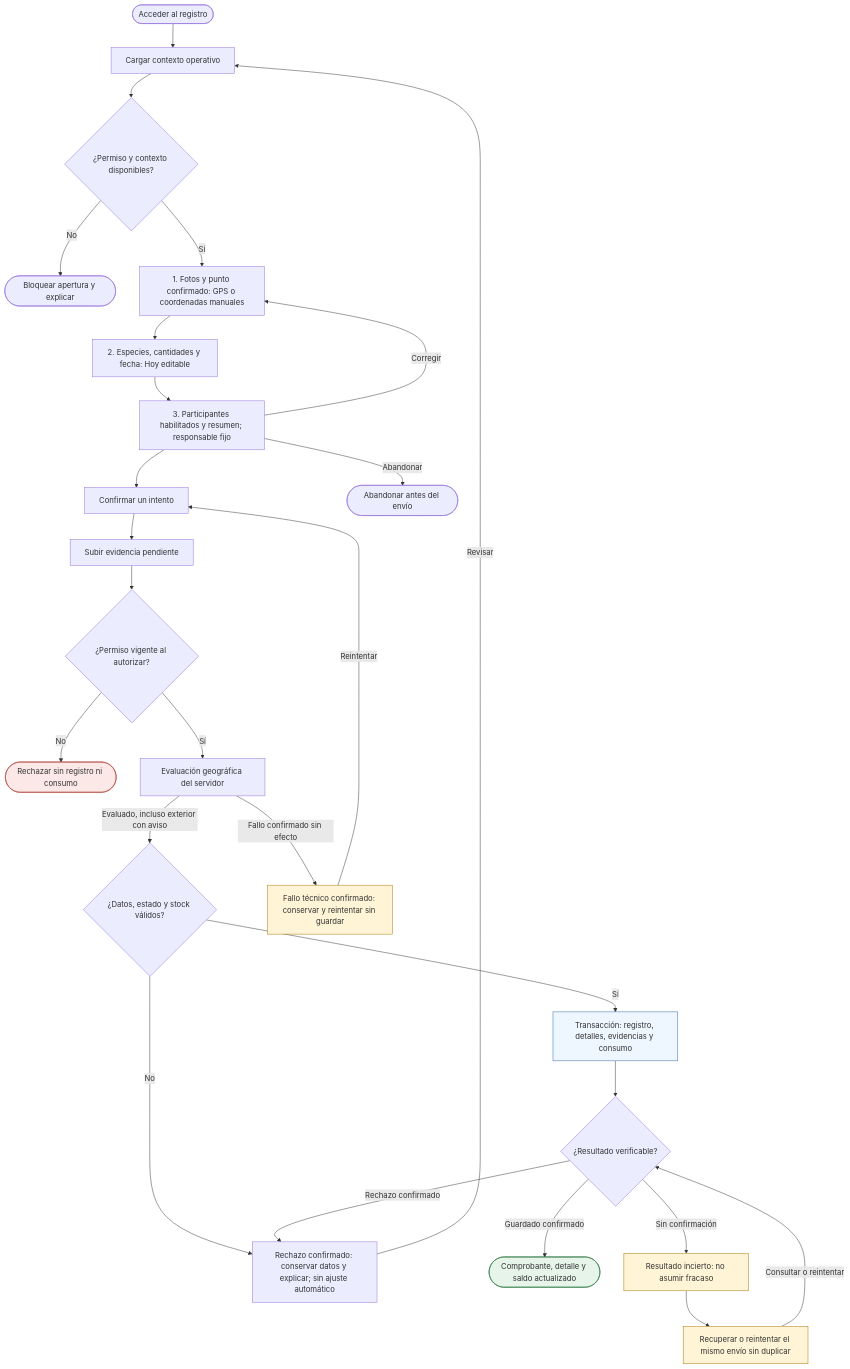
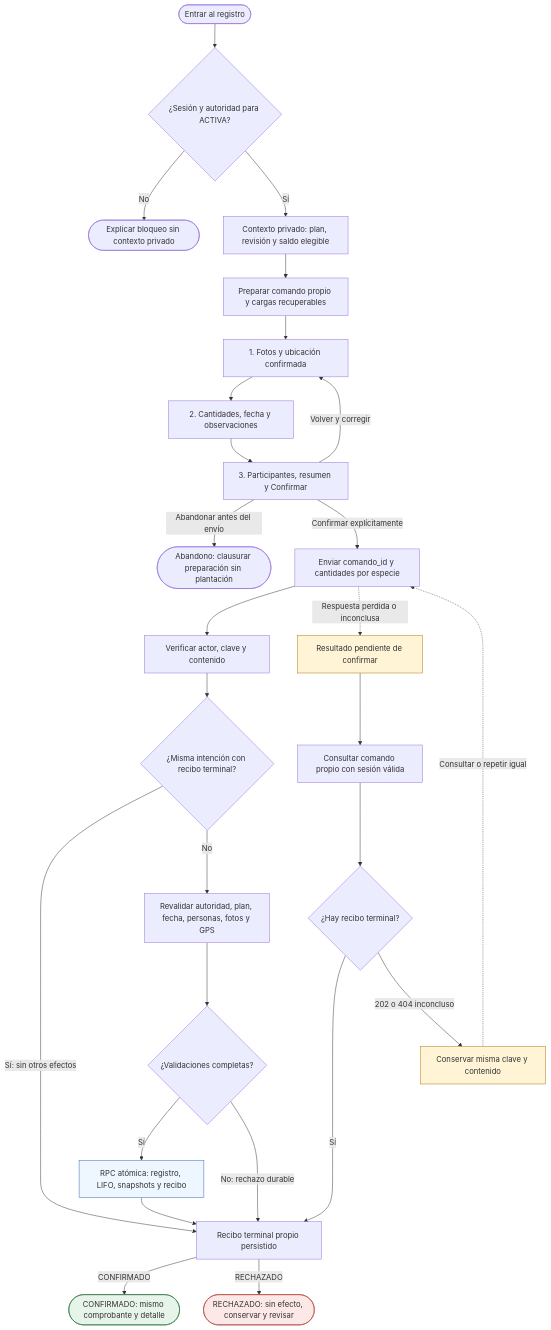
Before and after one commit to R3foresta/r3foresta-docs: the diagram in specs/plantacion/participacion-aliada/diagramas/PA-D03-actividades-registro.mmd, drawn with Mermaid. The commit also changed 76 other files, not shown here.

```diff
--- a/specs/plantacion/participacion-aliada/diagramas/PA-D03-actividades-registro.mmd
+++ b/specs/plantacion/participacion-aliada/diagramas/PA-D03-actividades-registro.mmd
@@ -1,48 +1,46 @@
 flowchart TB
-  start(["Acceder al registro"])
-  context["Cargar contexto operativo"]
-  available{"¿Permiso y contexto disponibles?"}
-  blocked(["Bloquear apertura y explicar"])
-  evidence["1. Fotos y punto confirmado: GPS o coordenadas manuales"]
-  quantities["2. Especies, cantidades y fecha: Hoy editable"]
-  summary["3. Participantes habilitados y resumen; responsable fijo"]
-  confirm["Confirmar un intento"]
-  upload["Subir evidencia pendiente"]
-  authorize{"¿Permiso vigente al autorizar?"}
-  revoked(["Rechazar sin registro ni consumo"])
-  validate{"¿Datos, estado y stock válidos?"}
-  rejected["Rechazo confirmado: conservar datos y explicar; sin ajuste automático"]
-  transaction["Transacción: registro, detalles, evidencias y consumo"]
-  outcome{"¿Resultado verificable?"}
-  success(["Comprobante, detalle y saldo actualizado"])
-  uncertain["Resultado incierto: no asumir fracaso"]
-  recover["Recuperar o reintentar el mismo envío sin duplicar"]
-  abandon(["Abandonar antes del envío"])
-  geo["Evaluación geográfica del servidor"]
-  geoFail["Fallo técnico confirmado: conservar y reintentar sin guardar"]
+  start(["Entrar al registro"])
+  authority{"¿Sesión y autoridad para ACTIVA?"}
+  blocked(["Explicar bloqueo sin contexto privado"])
+  context["Contexto privado: plan, revisión y saldo elegible"]
+  prepare["Preparar comando propio y cargas recuperables"]
+  stepOne["1. Fotos y ubicación confirmada"]
+  stepTwo["2. Cantidades, fecha y observaciones"]
+  stepThree["3. Participantes, resumen y Confirmar"]
+  abandon(["Abandono: clausurar preparación sin plantación"])
+  submit["Enviar comando_id y cantidades por especie"]
+  resolve["Verificar actor, clave y contenido"]
+  terminal{"¿Misma intención con recibo terminal?"}
+  validate["Revalidar autoridad, plan, fecha, personas, fotos y GPS"]
+  valid{"¿Validaciones completas?"}
+  atomic["RPC atómica: registro, LIFO, snapshots y recibo"]
+  receipt["Recibo terminal propio persistido"]
+  success(["CONFIRMADO: mismo comprobante y detalle"])
+  rejected(["RECHAZADO: sin efecto, conservar y revisar"])
+  unknown["Resultado pendiente de confirmar"]
+  recover["Consultar comando propio con sesión válida"]
+  known{"¿Hay recibo terminal?"}
+  retry["Conservar misma clave y contenido"]
 
-  start --> context --> available
-  available -->|"No"| blocked
-  available -->|"Sí"| evidence --> quantities --> summary --> confirm
-  summary -->|"Corregir"| evidence
-  summary -->|"Abandonar"| abandon
-  confirm --> upload --> authorize
-  authorize -->|"No"| revoked
-  authorize -->|"Sí"| geo
-  geo -->|"Evaluado, incluso exterior con aviso"| validate
-  geo -->|"Fallo confirmado sin efecto"| geoFail
-  geoFail -->|"Reintentar"| confirm
-  validate -->|"No"| rejected
-  validate -->|"Sí"| transaction --> outcome
-  rejected -->|"Revisar"| context
-  outcome -->|"Guardado confirmado"| success
-  outcome -->|"Rechazo confirmado"| rejected
-  outcome -->|"Sin confirmación"| uncertain
-  uncertain --> recover
-  recover -->|"Consultar o reintentar"| outcome
-  style transaction fill:#EEF6FF,stroke:#3267A8
+  start --> authority
+  authority -->|"No"| blocked
+  authority -->|"Sí"| context --> prepare --> stepOne --> stepTwo --> stepThree
+  stepThree -->|"Volver y corregir"| stepOne
+  stepThree -->|"Abandonar antes del envío"| abandon
+  stepThree -->|"Confirmar explícitamente"| submit --> resolve --> terminal
+  terminal -->|"Sí: sin otros efectos"| receipt
+  terminal -->|"No"| validate --> valid
+  valid -->|"Sí"| atomic --> receipt
+  valid -->|"No: rechazo durable"| receipt
+  receipt -->|"CONFIRMADO"| success
+  receipt -->|"RECHAZADO"| rejected
+  submit -.->|"Respuesta perdida o inconclusa"| unknown
+  unknown --> recover --> known
+  known -->|"Sí"| receipt
+  known -->|"202 o 404 inconcluso"| retry
+  retry -.->|"Consultar o repetir igual"| submit
+  style atomic fill:#EEF6FF,stroke:#3267A8
   style success fill:#E6F4EA,stroke:#26733B
-  style revoked fill:#FCE8E6,stroke:#AD3F35
-  style uncertain fill:#FFF4D6,stroke:#A87700
-  style recover fill:#FFF4D6,stroke:#A87700
-  style geoFail fill:#FFF4D6,stroke:#A87700
+  style rejected fill:#FCE8E6,stroke:#AD3F35
+  style unknown fill:#FFF4D6,stroke:#A87700
+  style retry fill:#FFF4D6,stroke:#A87700
```
